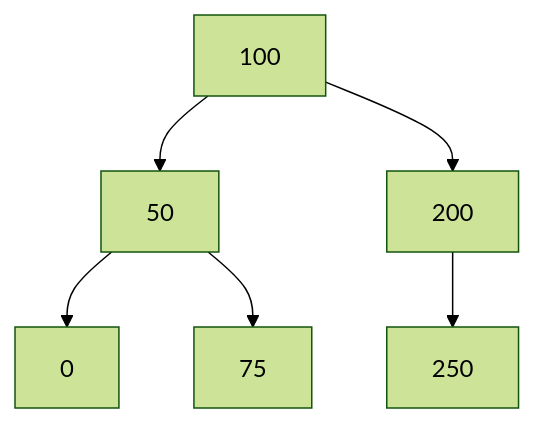
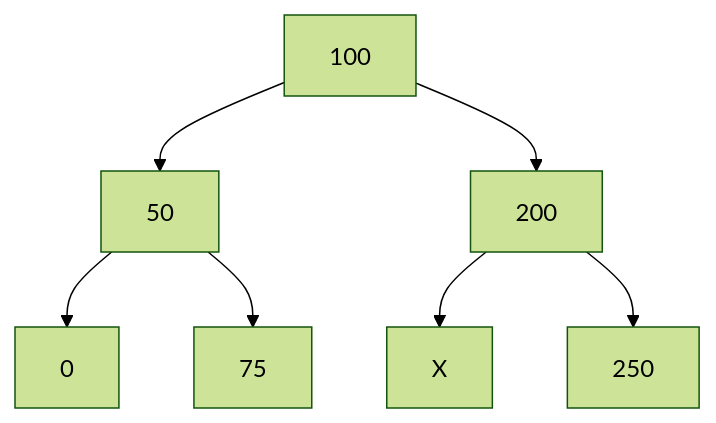
One commit to PowerCell46/Obsidian changed the third of 3 diagrams in Obsidian/Obsidian/Data Structures/Binary Search Tree.md. Above: the diagram before and after it, drawn with Mermaid (forest theme). The commit also changed other lines of this file and 6 other files, not shown here.

````diff
--- a/Obsidian/Obsidian/Data Structures/Binary Search Tree.md
+++ b/Obsidian/Obsidian/Data Structures/Binary Search Tree.md
@@ -170,9 +169,10 @@
 ```mermaid
 graph TD
 	100
 	100 --> 50
 	100 --> 200
 	50 --> 0
 	50 --> 75
+	200 --> X1["X"]
 	200 --> 250
 ```
````
